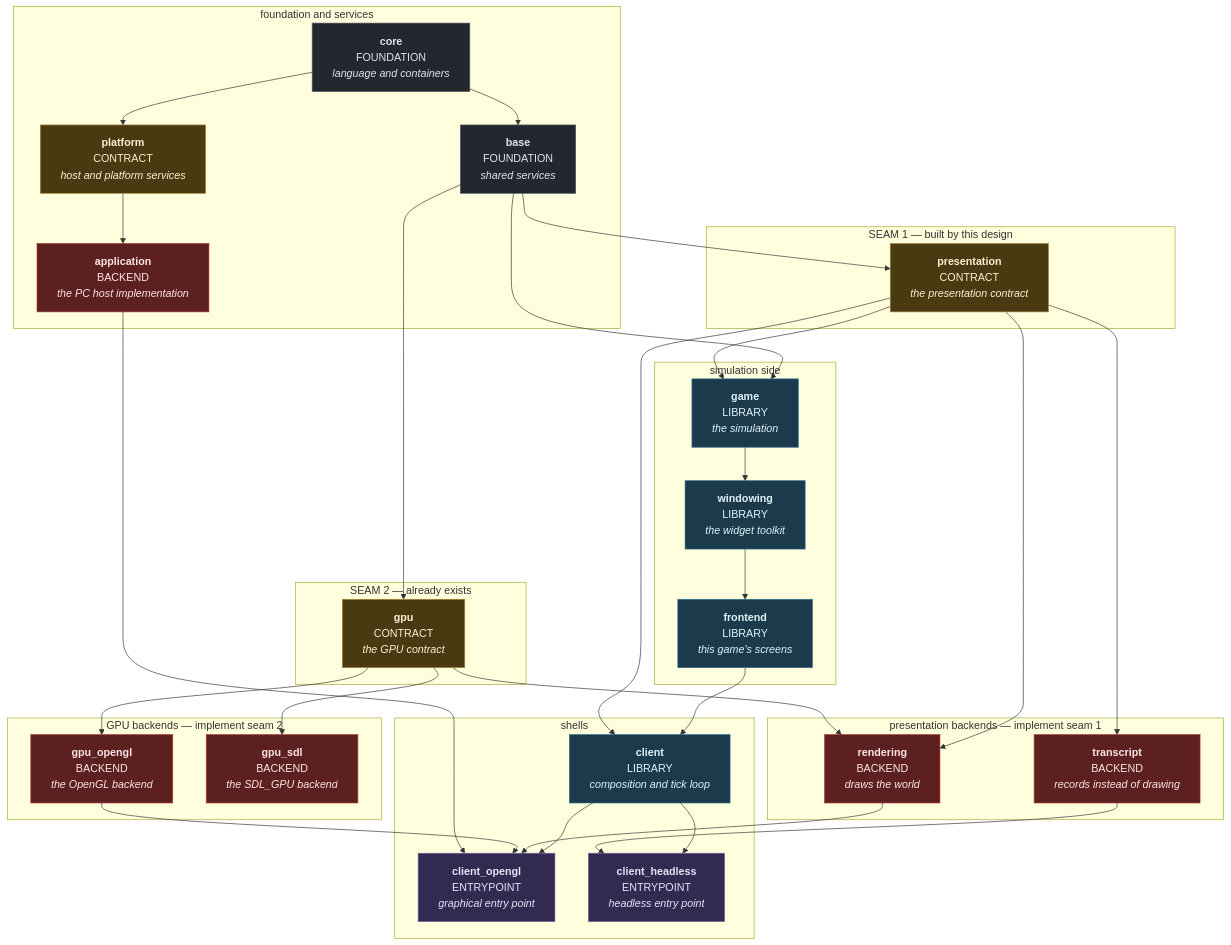
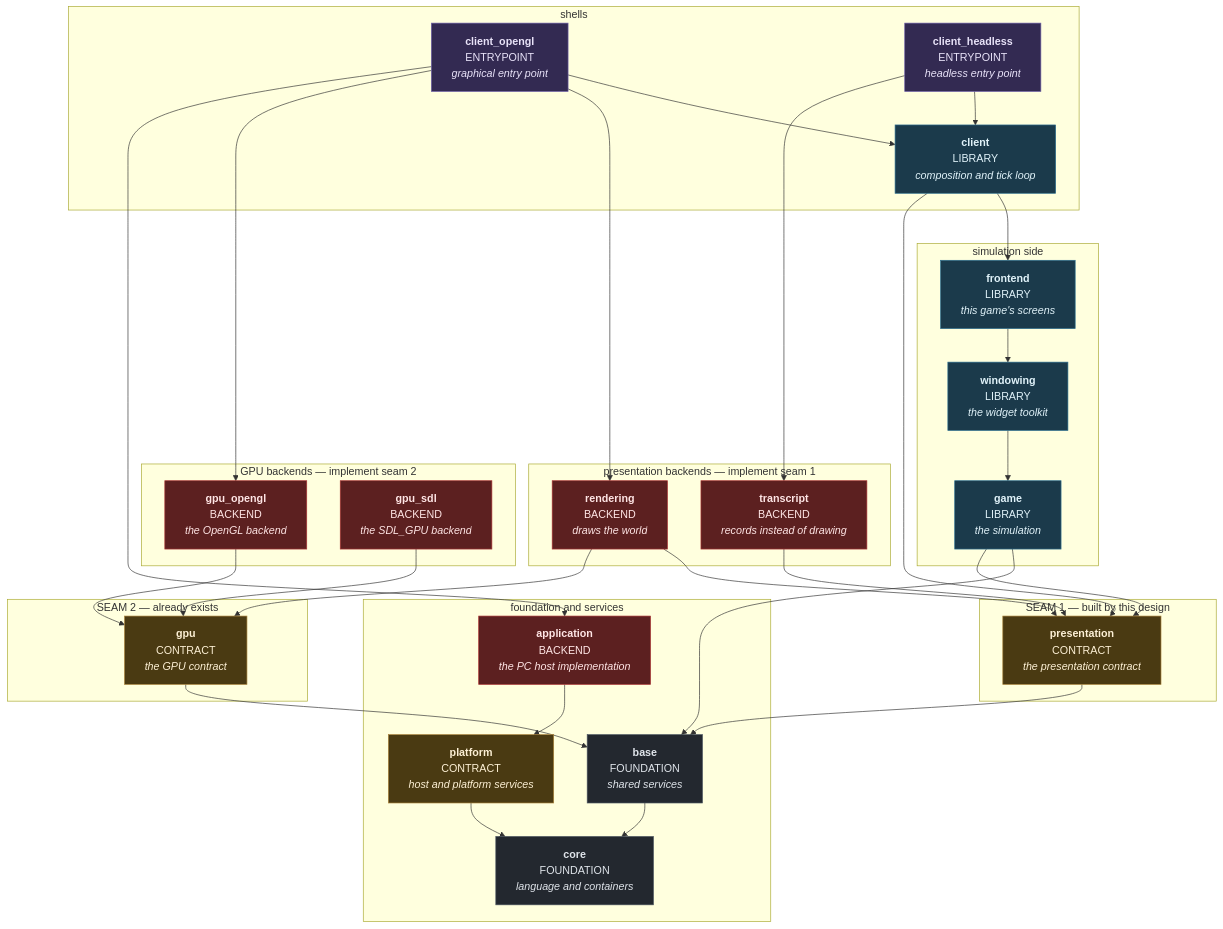
One commit to apnex/OpenStarbound changed the second of 2 diagrams in docs/superpowers/specs/2026-08-01-sovereign-headless-client-design.md. Above: the diagram before and after it, drawn with Mermaid. The commit also changed other lines of this file, not shown here.

````diff
--- a/docs/superpowers/specs/2026-08-01-sovereign-headless-client-design.md
+++ b/docs/superpowers/specs/2026-08-01-sovereign-headless-client-design.md
@@ -306,73 +316,73 @@
 ```mermaid
 flowchart TD
   subgraph FOUND ["foundation and services"]
     core["<b>core</b><br/>FOUNDATION<br/><i>language and containers</i>"]
     base["<b>base</b><br/>FOUNDATION<br/><i>shared services</i>"]
     platform["<b>platform</b><br/>CONTRACT<br/><i>host and platform services</i>"]
     app["<b>application</b><br/>BACKEND<br/><i>the PC host implementation</i>"]
   end
 
   subgraph SEAM1 ["SEAM 1 — built by this design"]
     contract["<b>presentation</b><br/>CONTRACT<br/><i>the presentation contract</i>"]
   end
 
   subgraph SIM ["simulation side"]
     game["<b>game</b><br/>LIBRARY<br/><i>the simulation</i>"]
     win["<b>windowing</b><br/>LIBRARY<br/><i>the widget toolkit</i>"]
     front["<b>frontend</b><br/>LIBRARY<br/><i>this game's screens</i>"]
   end
 
   subgraph PB ["presentation backends — implement seam 1"]
     rend["<b>rendering</b><br/>BACKEND<br/><i>draws the world</i>"]
     tr["<b>transcript</b><br/>BACKEND<br/><i>records instead of drawing</i>"]
   end
 
   subgraph SEAM2 ["SEAM 2 — already exists"]
     gpu["<b>gpu</b><br/>CONTRACT<br/><i>the GPU contract</i>"]
   end
 
   subgraph GB ["GPU backends — implement seam 2"]
     glb["<b>gpu_opengl</b><br/>BACKEND<br/><i>the OpenGL backend</i>"]
     sdlb["<b>gpu_sdl</b><br/>BACKEND<br/><i>the SDL_GPU backend</i>"]
   end
 
   subgraph SH ["shells"]
     shell["<b>client</b><br/>LIBRARY<br/><i>composition and tick loop</i>"]
     cgl["<b>client_opengl</b><br/>ENTRYPOINT<br/><i>graphical entry point</i>"]
     chl["<b>client_headless</b><br/>ENTRYPOINT<br/><i>headless entry point</i>"]
   end
 
-  core --> base
-  core --> platform
-  platform --> app
-  base --> contract
-  base --> gpu
-  base --> game
-  contract --> game
-  game --> win
-  win --> front
-  front --> shell
-  contract --> rend
-  contract --> tr
-  contract --> shell
-  gpu --> rend
-  gpu --> glb
-  gpu --> sdlb
-  shell --> cgl
-  shell --> chl
-  rend --> cgl
-  glb --> cgl
-  app --> cgl
-  tr --> chl
+  base --> core
+  platform --> core
+  app --> platform
+  contract --> base
+  gpu --> base
+  game --> base
+  game --> contract
+  win --> game
+  front --> win
+  shell --> front
+  shell --> contract
+  rend --> contract
+  rend --> gpu
+  tr --> contract
+  glb --> gpu
+  sdlb --> gpu
+  cgl --> shell
+  cgl --> rend
+  cgl --> glb
+  cgl --> app
+  chl --> shell
+  chl --> tr
 
   classDef kFoundation fill:#23282f,stroke:#4a545e,color:#dfe4ea
   classDef kContract   fill:#4a3a12,stroke:#a8813a,color:#fdf0d5
   classDef kBackend    fill:#5c2020,stroke:#aa3333,color:#ffe5e5
   classDef kLibrary    fill:#1b3a4b,stroke:#2c6e8f,color:#e0f2f9
   classDef kEntrypoint fill:#332a52,stroke:#6d5fa8,color:#e8e2f8
   class core,base kFoundation
   class platform,contract,gpu kContract
   class app,rend,tr,glb,sdlb kBackend
   class game,win,front,shell kLibrary
   class cgl,chl kEntrypoint
 ```
````
